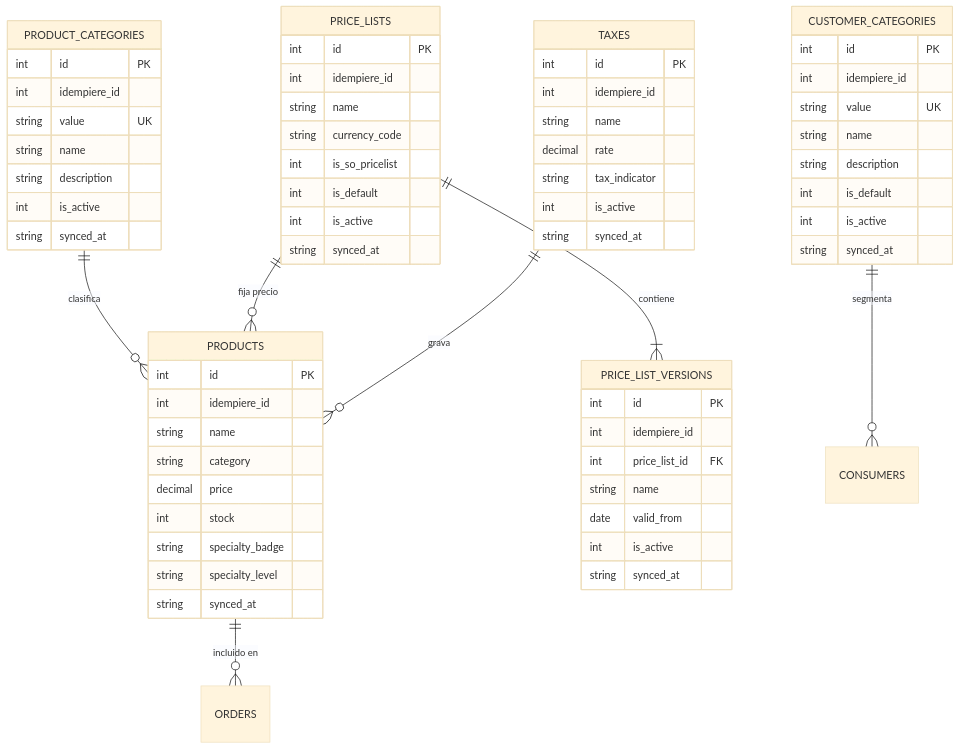
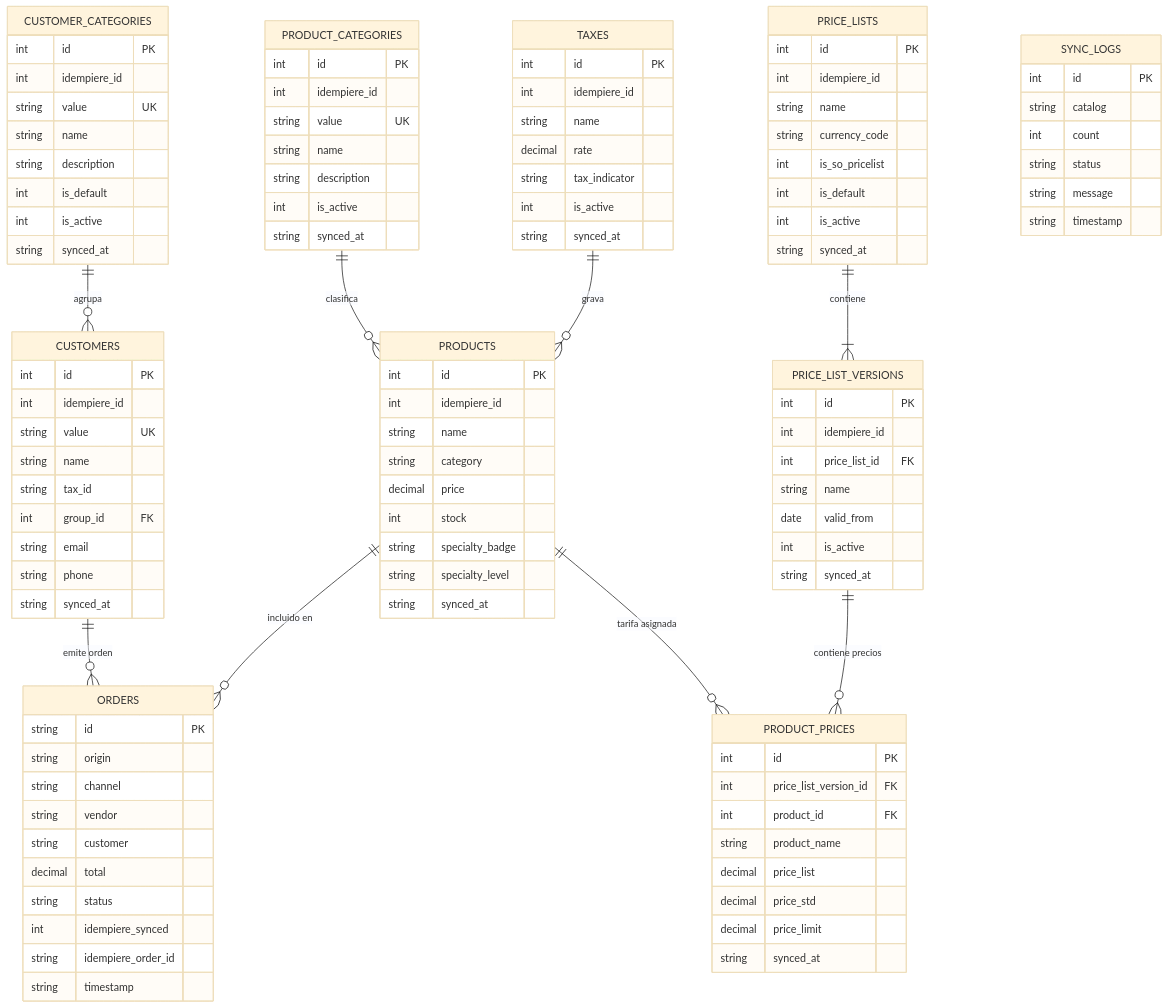
The second of 3 diagrams in ARCHITECTURE.md (gdinacom-ux/laboratorio1), drawn with Mermaid (base theme) before and after one commit. The commit also changed other lines of this file and 32 other files, not shown here.

Commit message:
feat: port modular dashboard, collapsible sidebar navbar, 11-table sqlite datamart, and idempiere erp sync from rapidfood_with_erp

````diff
--- a/ARCHITECTURE.md
+++ b/ARCHITECTURE.md
@@ -103,8 +119,10 @@
     PRODUCTS ||--o{ ORDERS : "incluido en"
     PRODUCT_CATEGORIES ||--o{ PRODUCTS : "clasifica"
     PRICE_LISTS ||--|{ PRICE_LIST_VERSIONS : "contiene"
-    PRICE_LISTS ||--o{ PRODUCTS : "fija precio"
-    CUSTOMER_CATEGORIES ||--o{ CONSUMERS : "segmenta"
+    PRICE_LIST_VERSIONS ||--o{ PRODUCT_PRICES : "contiene precios"
+    PRODUCTS ||--o{ PRODUCT_PRICES : "tarifa asignada"
+    CUSTOMER_CATEGORIES ||--o{ CUSTOMERS : "agrupa"
+    CUSTOMERS ||--o{ ORDERS : "emite orden"
     TAXES ||--o{ PRODUCTS : "grava"
 
     PRODUCTS {
@@ -150,6 +168,17 @@
         string synced_at
     }
 
+    PRODUCT_PRICES {
+        int id PK
+        int price_list_version_id FK
+        int product_id FK
+        string product_name
+        decimal price_list
+        decimal price_std
+        decimal price_limit
+        string synced_at
+    }
+
     CUSTOMER_CATEGORIES {
         int id PK
         int idempiere_id
@@ -158,6 +187,18 @@
         string description
         int is_default
         int is_active
+        string synced_at
+    }
+
+    CUSTOMERS {
+        int id PK
+        int idempiere_id
+        string value UK
+        string name
+        string tax_id
+        int group_id FK
+        string email
+        string phone
         string synced_at
     }
 
@@ -170,4 +211,26 @@
         int is_active
         string synced_at
     }
+
+    SYNC_LOGS {
+        int id PK
+        string catalog
+        int count
+        string status
+        string message
+        string timestamp
+    }
+
+    ORDERS {
+        string id PK
+        string origin
+        string channel
+        string vendor
+        string customer
+        decimal total
+        string status
+        int idempiere_synced
+        string idempiere_order_id
+        string timestamp
+    }
 ```
````
